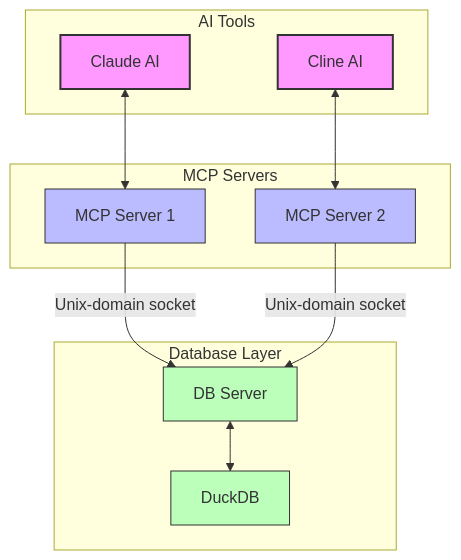
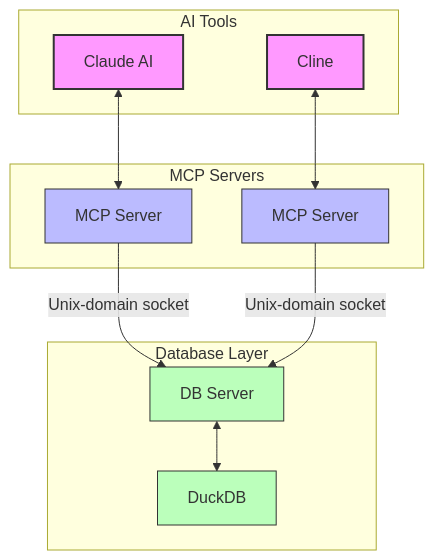
Before and after one commit to IzumiSy/mcp-pluggable-memory-server: the first of 2 diagrams in README.md, drawn with Mermaid.

Commit message:
Tweak diagram

````diff
--- a/README.md
+++ b/README.md
@@ -121,34 +121,34 @@
 ```mermaid
 flowchart TD
     subgraph "AI Tools"
         Claude[Claude AI]
-        Cline[Cline AI]
+        Cline[Cline]
     end
     
     subgraph "MCP Servers"
-        MCP1[MCP Server 1]
-        MCP2[MCP Server 2]
+        MCP1[MCP Server]
+        MCP2[MCP Server]
     end
     
     subgraph "Database Layer"
         DB[DB Server]
         DuckDB[DuckDB]
     end
     
     Claude <--> MCP1
     Cline <--> MCP2
     
     MCP1 --> |Unix-domain socket|DB
     MCP2 --> |Unix-domain socket|DB
     
     DB <--> DuckDB
     
     %% Annotations
     classDef ai fill:#f9f,stroke:#333,stroke-width:2px;
     classDef server fill:#bbf,stroke:#333,stroke-width:1px;
     classDef db fill:#bfb,stroke:#333,stroke-width:1px;
     
     class Claude,Cline ai;
     class MCP1,MCP2 server;
     class DB,DuckDB db;
 ```
````
